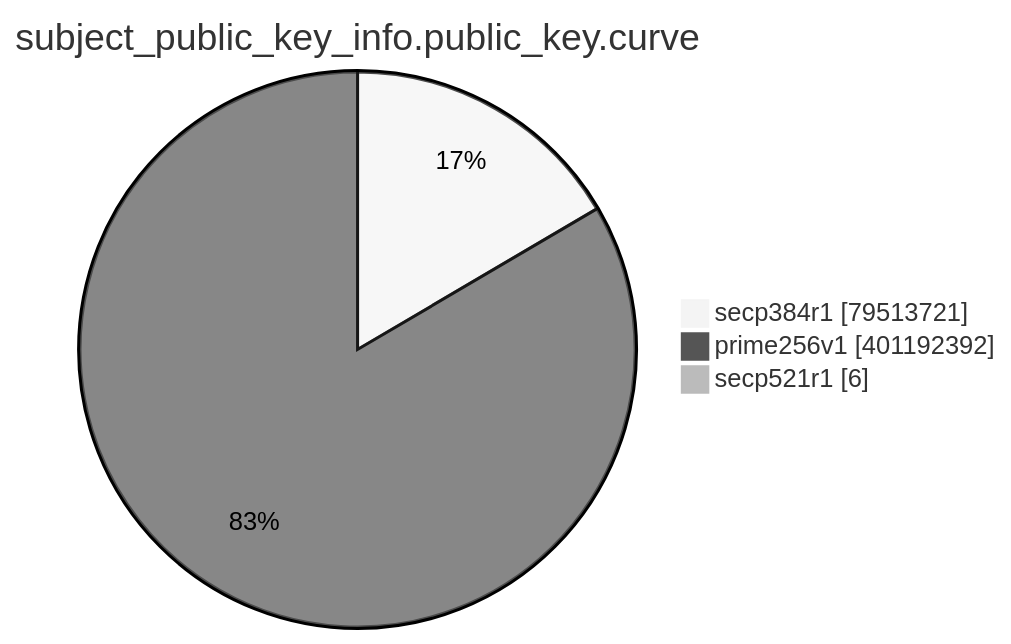
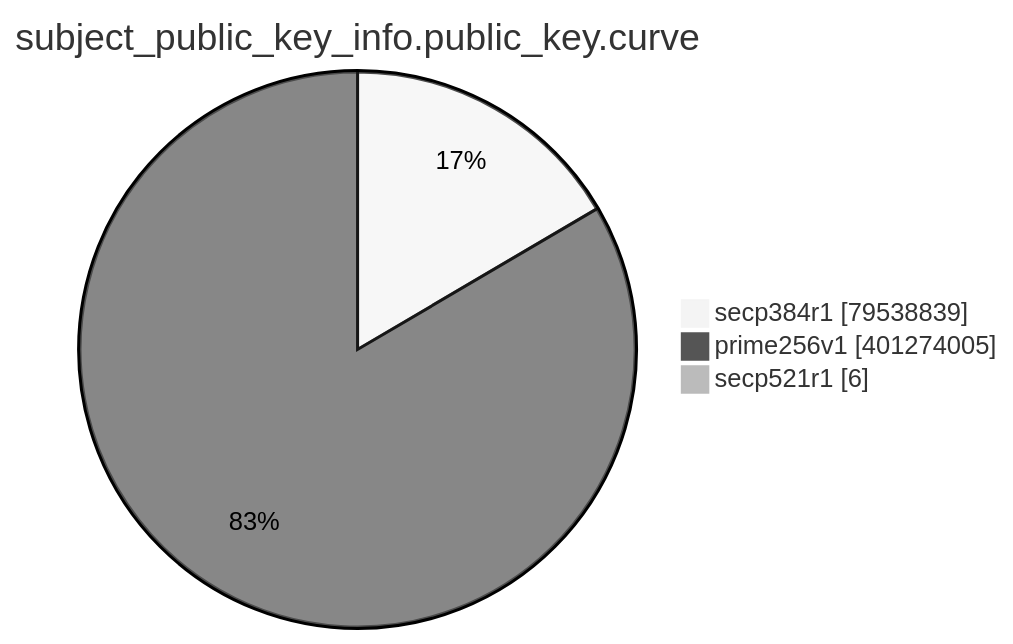
One commit to christiankrug/ctmonitor_visualization changed the eighth of 15 diagrams in TOTAL/README.md. Above: the diagram before and after it, drawn with Mermaid (neutral theme). The commit also changed other lines of this file, not shown here.

````diff
--- a/TOTAL/README.md
+++ b/TOTAL/README.md
@@ -3095,7 +3095,7 @@
 ```mermaid
 pie showData
 title subject_public_key_info.public_key.curve
-"secp384r1" :79513721
-"prime256v1" :401192392
+"secp384r1" :79538839
+"prime256v1" :401274005
 "secp521r1" :6
 ```
````
